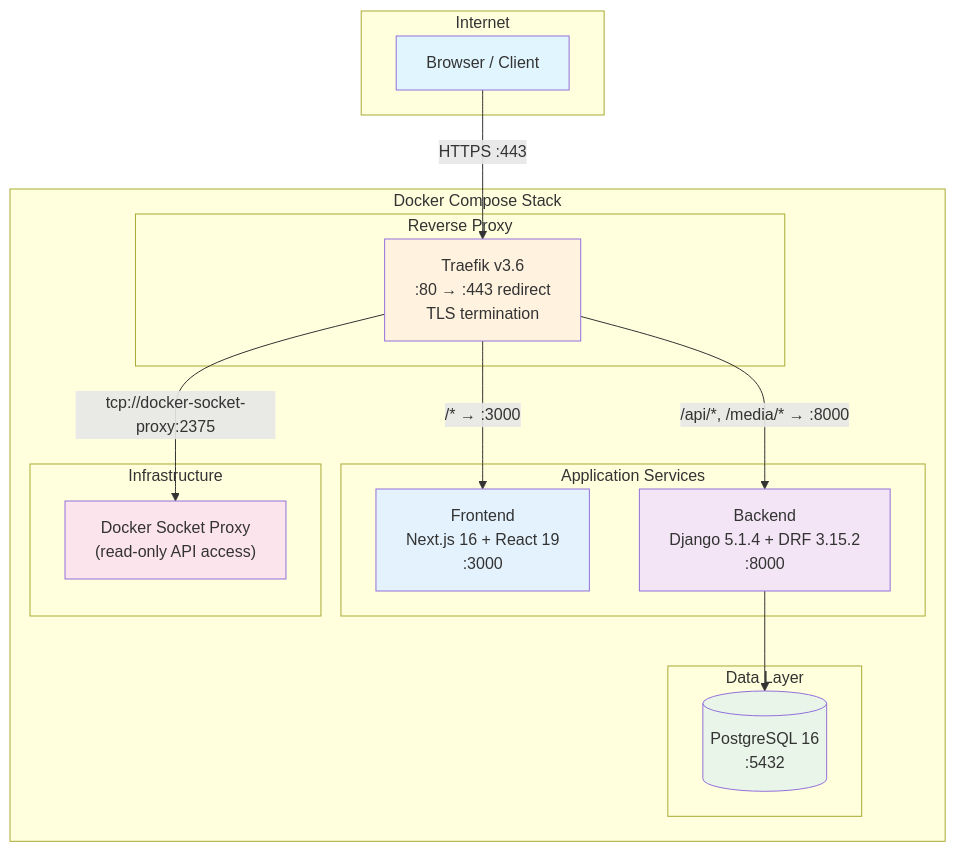
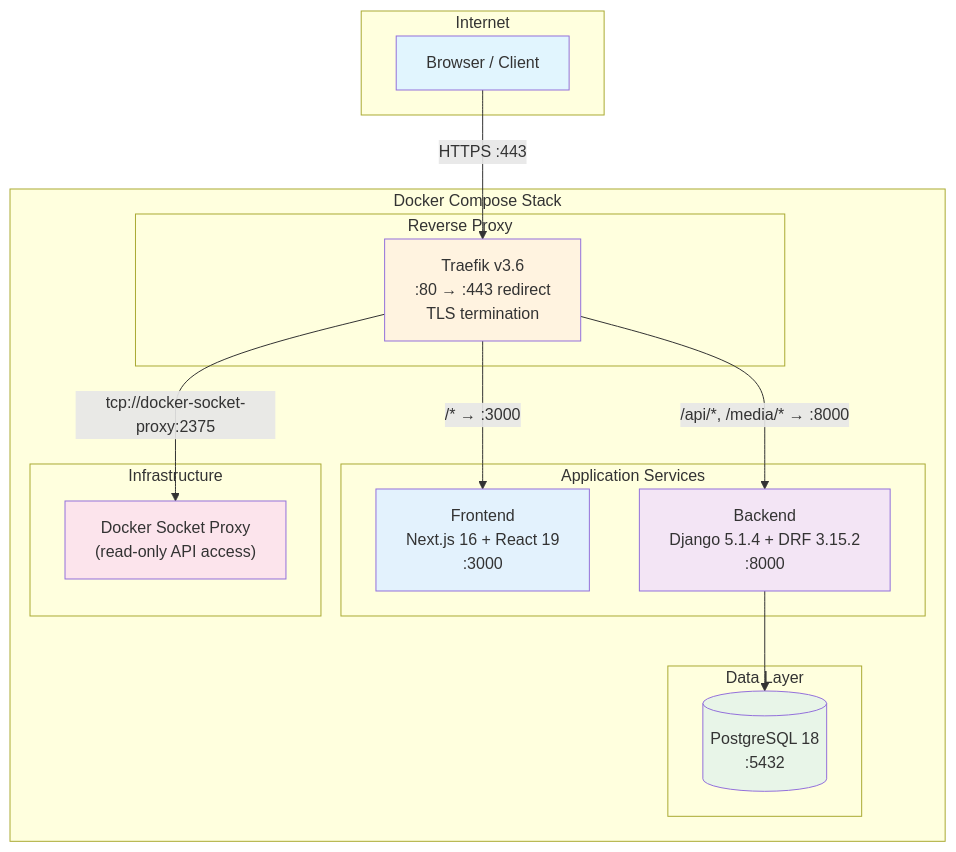
The first of 10 diagrams in docs/docs/architecture.md (maxi3390/happydogs-calendar), drawn with Mermaid before and after one commit. The commit also changed other lines of this file and 10 other files, not shown here.

````diff
--- a/docs/docs/architecture.md
+++ b/docs/docs/architecture.md
@@ -13,38 +13,38 @@
 ```mermaid
 graph TB
     subgraph "Internet"
         Client[Browser / Client]
     end
 
     subgraph "Docker Compose Stack"
         subgraph "Reverse Proxy"
             Traefik["Traefik v3.6<br/>:80 → :443 redirect<br/>TLS termination"]
         end
 
         subgraph "Application Services"
             Frontend["Frontend<br/>Next.js 16 + React 19<br/>:3000"]
             Backend["Backend<br/>Django 5.1.4 + DRF 3.15.2<br/>:8000"]
         end
 
         subgraph "Data Layer"
-            DB[("PostgreSQL 16<br/>:5432")]
+            DB[("PostgreSQL 18<br/>:5432")]
         end
 
         subgraph "Infrastructure"
             SocketProxy["Docker Socket Proxy<br/>(read-only API access)"]
         end
     end
 
     Client -->|"HTTPS :443"| Traefik
     Traefik -->|"/* → :3000"| Frontend
     Traefik -->|"/api/*, /media/* → :8000"| Backend
     Traefik -->|"tcp://docker-socket-proxy:2375"| SocketProxy
     Backend --> DB
 
     style Client fill:#e1f5fe
     style Traefik fill:#fff3e0
     style Frontend fill:#e3f2fd
     style Backend fill:#f3e5f5
     style DB fill:#e8f5e8
     style SocketProxy fill:#fce4ec
 ```
````
